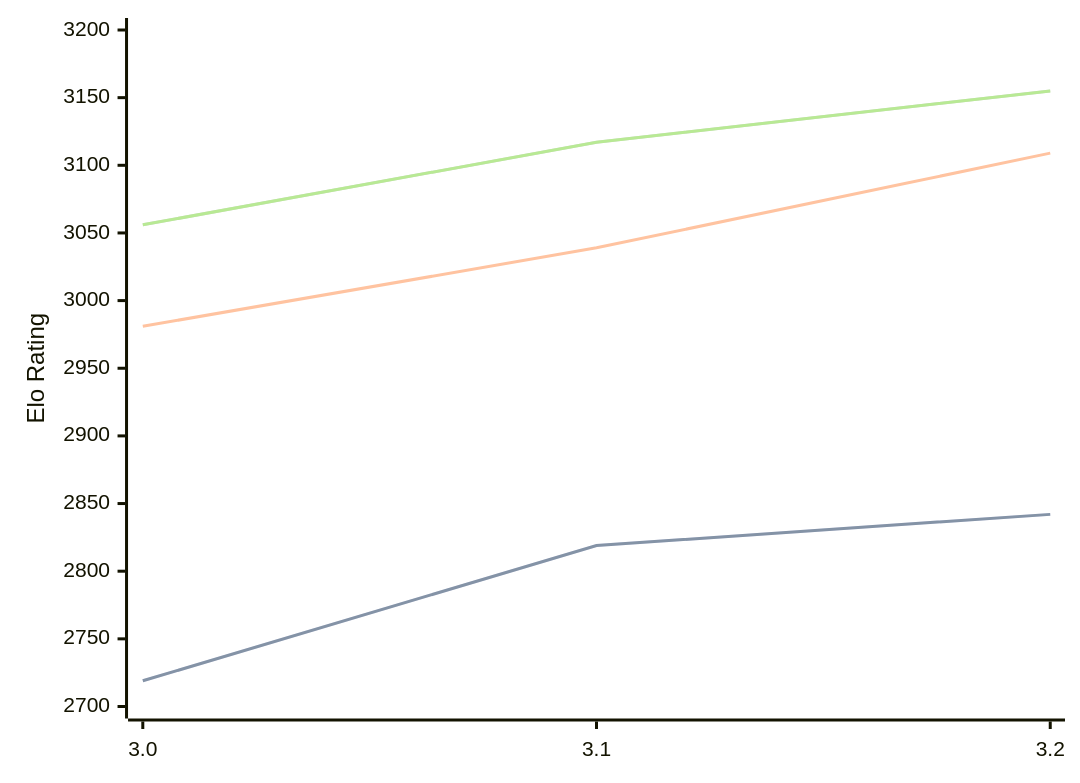
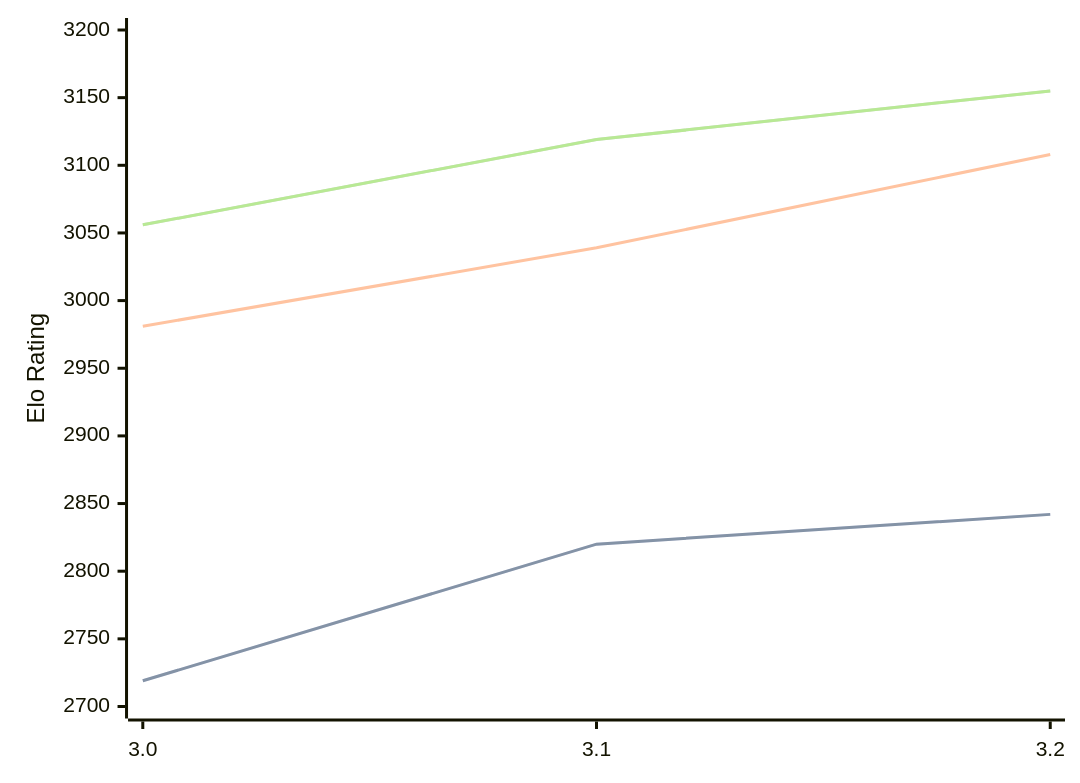
The first of 3 diagrams in engines/Vajolet2.md (computer-chess-index/cci), drawn with Mermaid before and after one commit. The commit also changed other lines of this file, not shown here.

Commit message:
Update CCI Ratings (ELO VLTC) - 2026-07-02

````diff
--- a/engines/Vajolet2.md
+++ b/engines/Vajolet2.md
@@ -41,11 +41,11 @@
 ```mermaid
 %%{init: {"theme":"base","themeVariables":{"seriesColors:['#a3a3a3','#222221','#faa371']}}}%%
 xychart-beta
   x-axis ["3.0", "3.1", "3.2"]
   y-axis "Elo Rating" 2700 --> 3200
-  line "STC (8.0+0.08s)" [2719, 2819, 2842]
-  line "STC (8.0+0.08s)" [2719, 2819, 2842]
-  line "LTC (60.0+0.60s)" [2981, 3039, 3109]
-  line "VLTC (2m24s+1.12s)" [3056, 3117, 3155]
-  line "VLTC (2m24s+1.12s)" [3056, 3117, 3155]
+  line "STC (8.0+0.08s)" [2719, 2820, 2842]
+  line "STC (8.0+0.08s)" [2719, 2820, 2842]
+  line "LTC (60.0+0.60s)" [2981, 3039, 3108]
+  line "VLTC (2m24s+1.12s)" [3056, 3119, 3155]
+  line "VLTC (2m24s+1.12s)" [3056, 3119, 3155]
 ```
````
